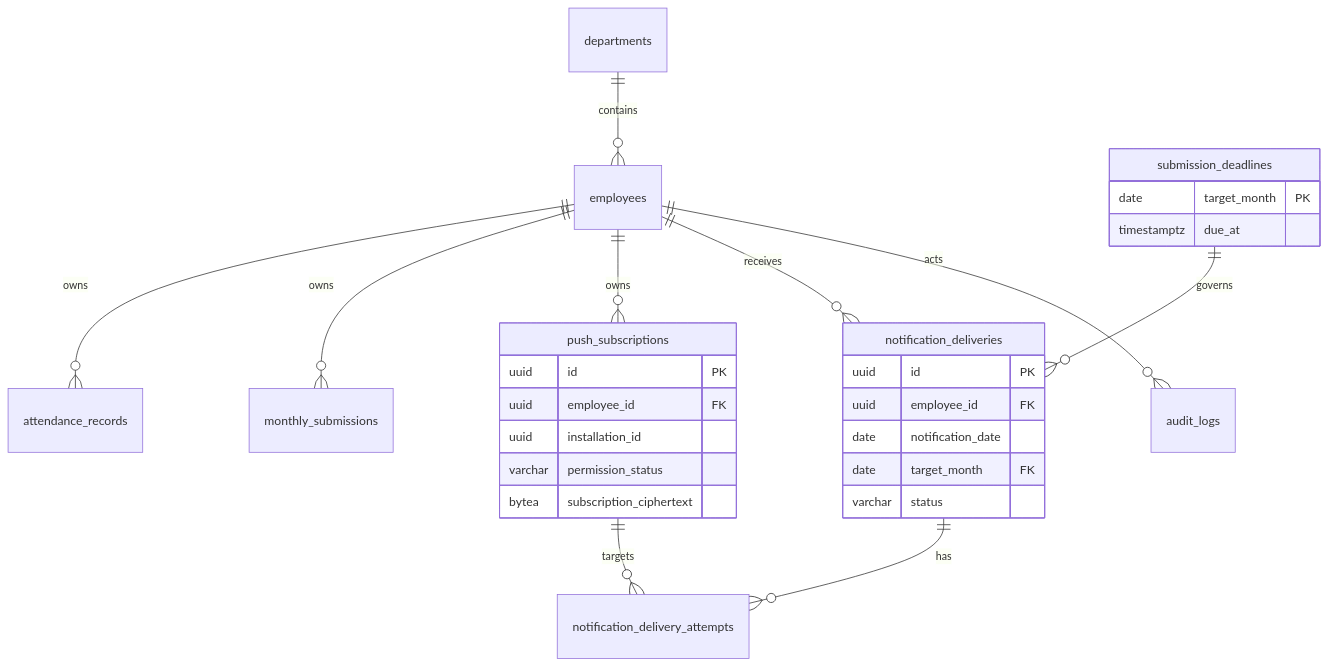
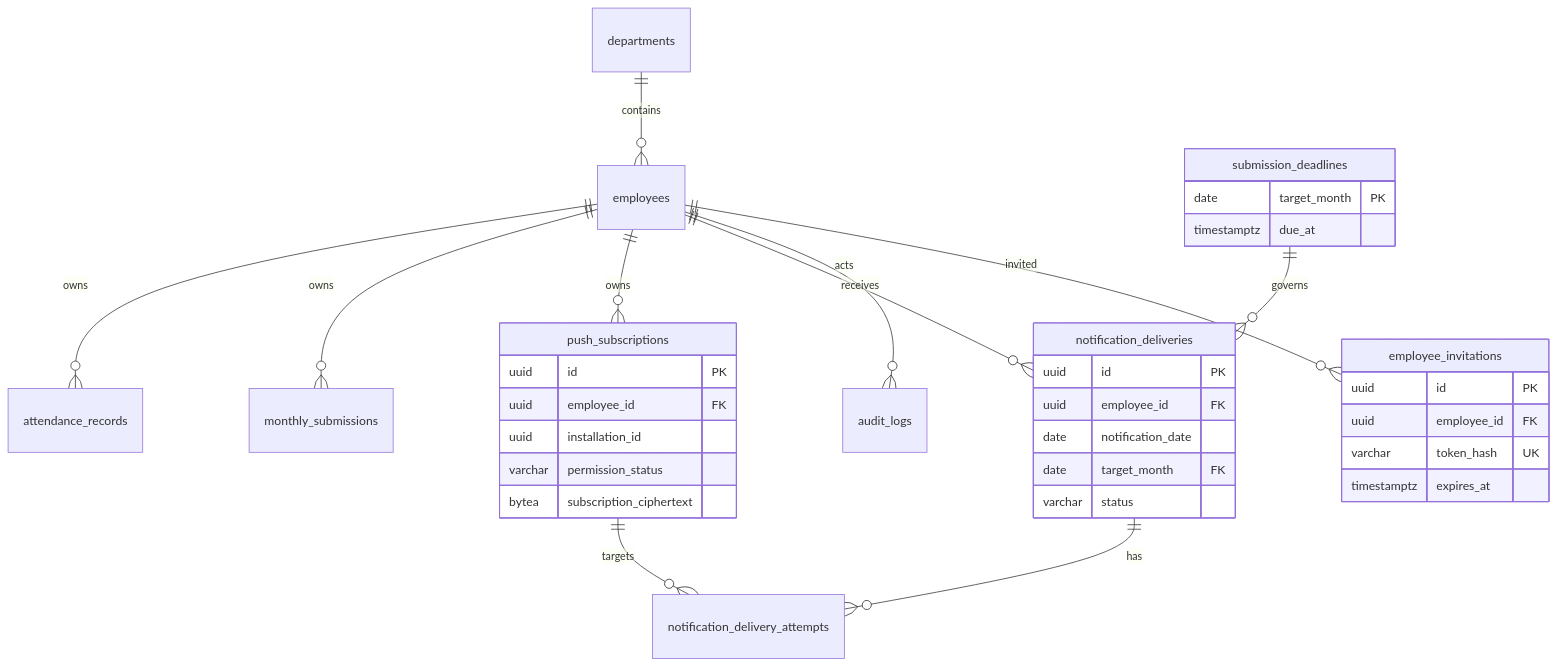
One commit to hrk-bb/Clokka changed the diagram in docs/04_database.md. Above: the diagram before and after it, drawn with Mermaid. The commit also changed other lines of this file and 8 other files, not shown here.

````diff
--- a/docs/04_database.md
+++ b/docs/04_database.md
@@ -21,31 +22,38 @@
 ```mermaid
 erDiagram
   departments ||--o{ employees : contains
   employees ||--o{ attendance_records : owns
   employees ||--o{ monthly_submissions : owns
   employees ||--o{ push_subscriptions : owns
   employees ||--o{ notification_deliveries : receives
   employees ||--o{ audit_logs : acts
+  employees ||--o{ employee_invitations : invited
   submission_deadlines ||--o{ notification_deliveries : governs
   notification_deliveries ||--o{ notification_delivery_attempts : has
   push_subscriptions ||--o{ notification_delivery_attempts : targets
 
   submission_deadlines {
     date target_month PK
     timestamptz due_at
   }
   notification_deliveries {
     uuid id PK
     uuid employee_id FK
     date notification_date
     date target_month FK
     varchar status
   }
   push_subscriptions {
     uuid id PK
     uuid employee_id FK
     uuid installation_id
     varchar permission_status
     bytea subscription_ciphertext
   }
+  employee_invitations {
+    uuid id PK
+    uuid employee_id FK
+    varchar token_hash UK
+    timestamptz expires_at
+  }
 ```
````
